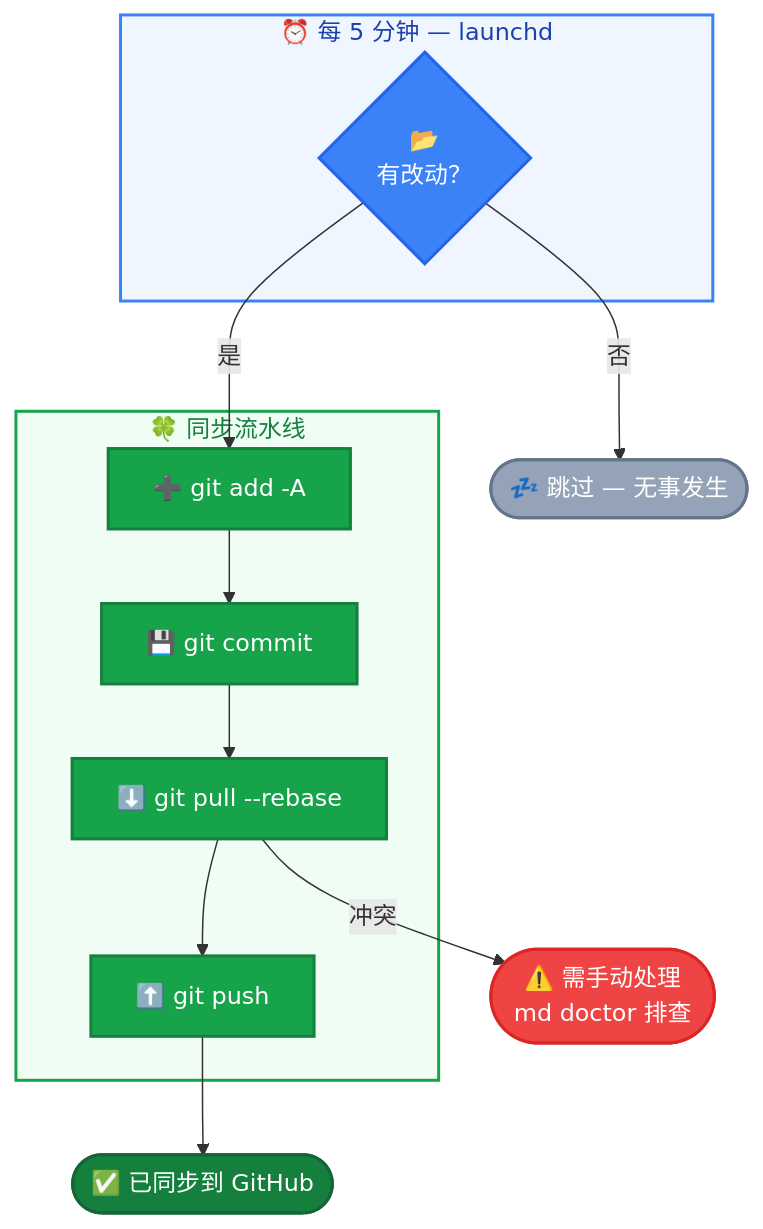
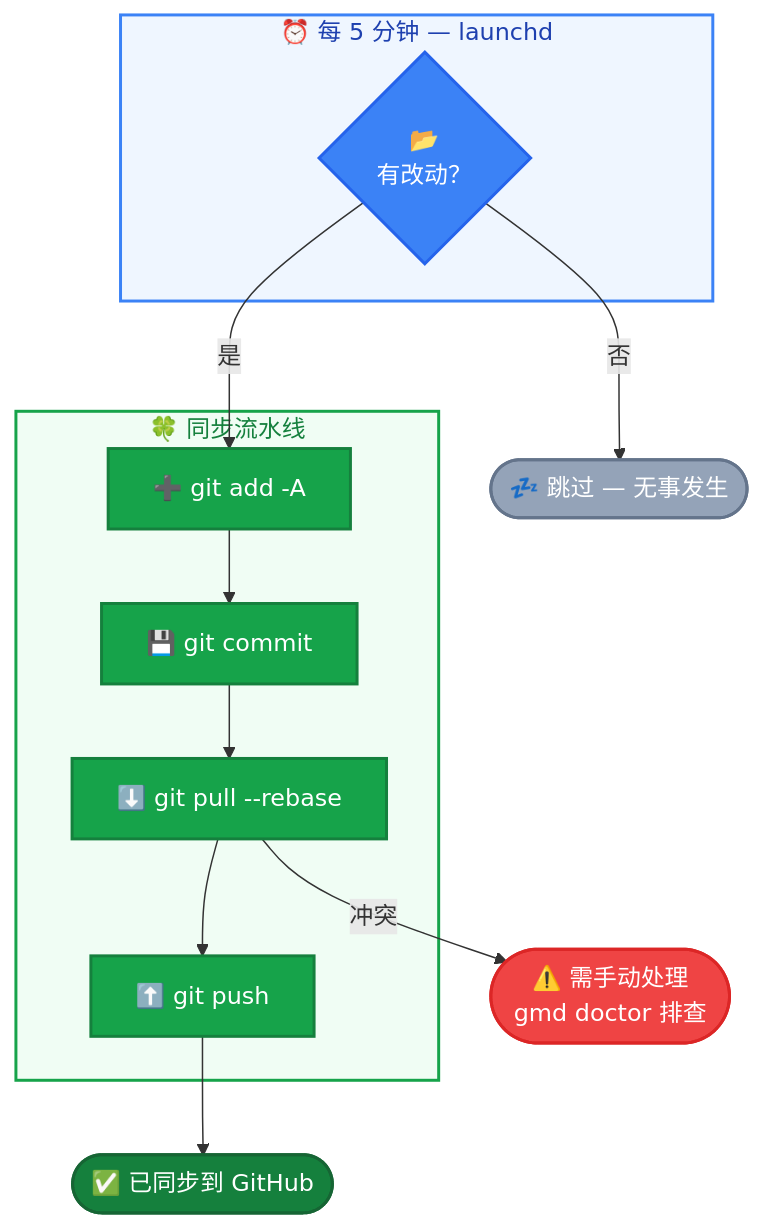
One commit to yuukiLike/zeromd changed the second of 2 diagrams in README.zh.md. Above: the diagram before and after it, drawn with Mermaid. The commit also changed other lines of this file and 5 other files, not shown here.

````diff
--- a/README.zh.md
+++ b/README.zh.md
@@ -107,30 +111,30 @@
 ```mermaid
 flowchart TD
     subgraph trigger ["⏰ 每 5 分钟 — launchd"]
         check{"📂<br/>有改动？"}
     end
 
     subgraph sync ["🍀 同步流水线"]
         stage["➕ git add -A"]
         commit["💾 git commit"]
         pull["⬇️ git pull --rebase"]
         push["⬆️ git push"]
     end
 
     check -->|否| skip(["💤 跳过 — 无事发生"])
     check -->|是| stage
     stage --> commit --> pull --> push
     push --> done(["✅ 已同步到 GitHub"])
-    pull -->|冲突| err(["⚠️ 需手动处理<br/>md doctor 排查"])
+    pull -->|冲突| err(["⚠️ 需手动处理<br/>gmd doctor 排查"])
 
     style trigger fill:#eff6ff,stroke:#3b82f6,stroke-width:2px,color:#1e40af
     style sync fill:#f0fdf4,stroke:#16a34a,stroke-width:2px,color:#15803d
     style check fill:#3b82f6,color:#fff,stroke:#2563eb,stroke-width:2px
     style stage fill:#16a34a,color:#fff,stroke:#15803d,stroke-width:2px
     style commit fill:#16a34a,color:#fff,stroke:#15803d,stroke-width:2px
     style pull fill:#16a34a,color:#fff,stroke:#15803d,stroke-width:2px
     style push fill:#16a34a,color:#fff,stroke:#15803d,stroke-width:2px
     style skip fill:#94a3b8,color:#fff,stroke:#64748b,stroke-width:2px
     style done fill:#15803d,color:#fff,stroke:#166534,stroke-width:2px
     style err fill:#ef4444,color:#fff,stroke:#dc2626,stroke-width:2px
 ```
````
